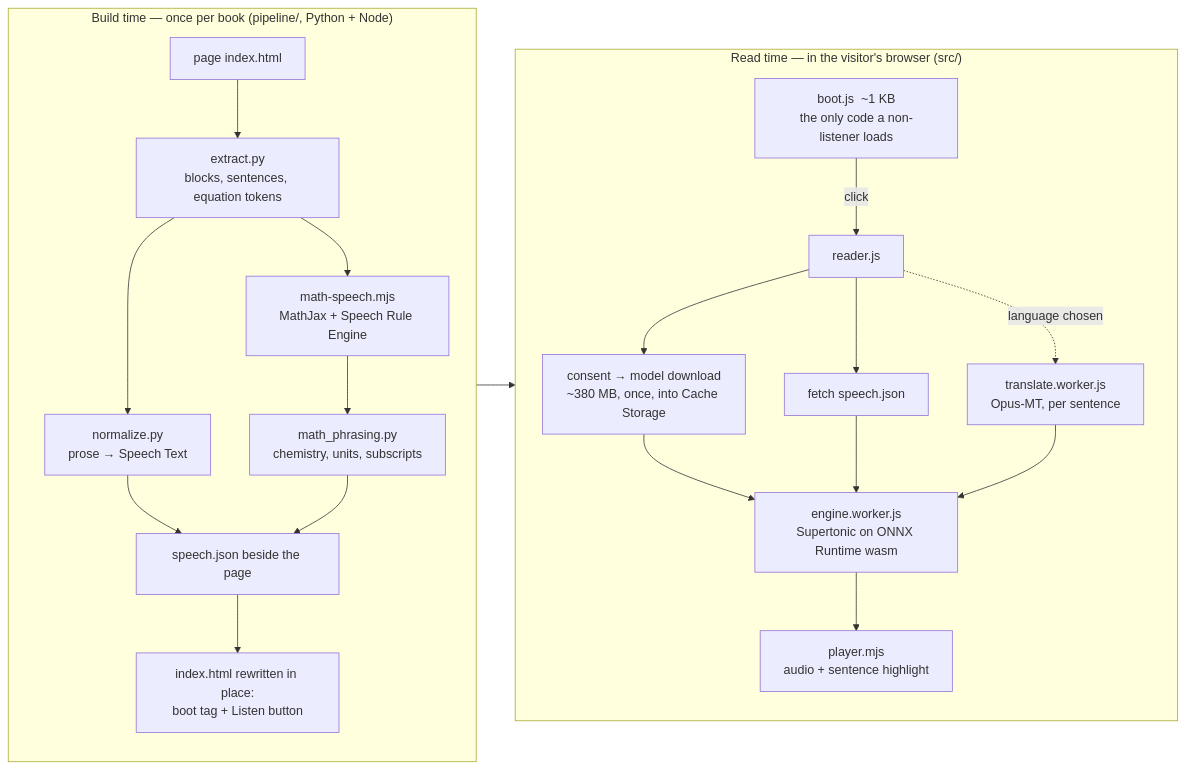
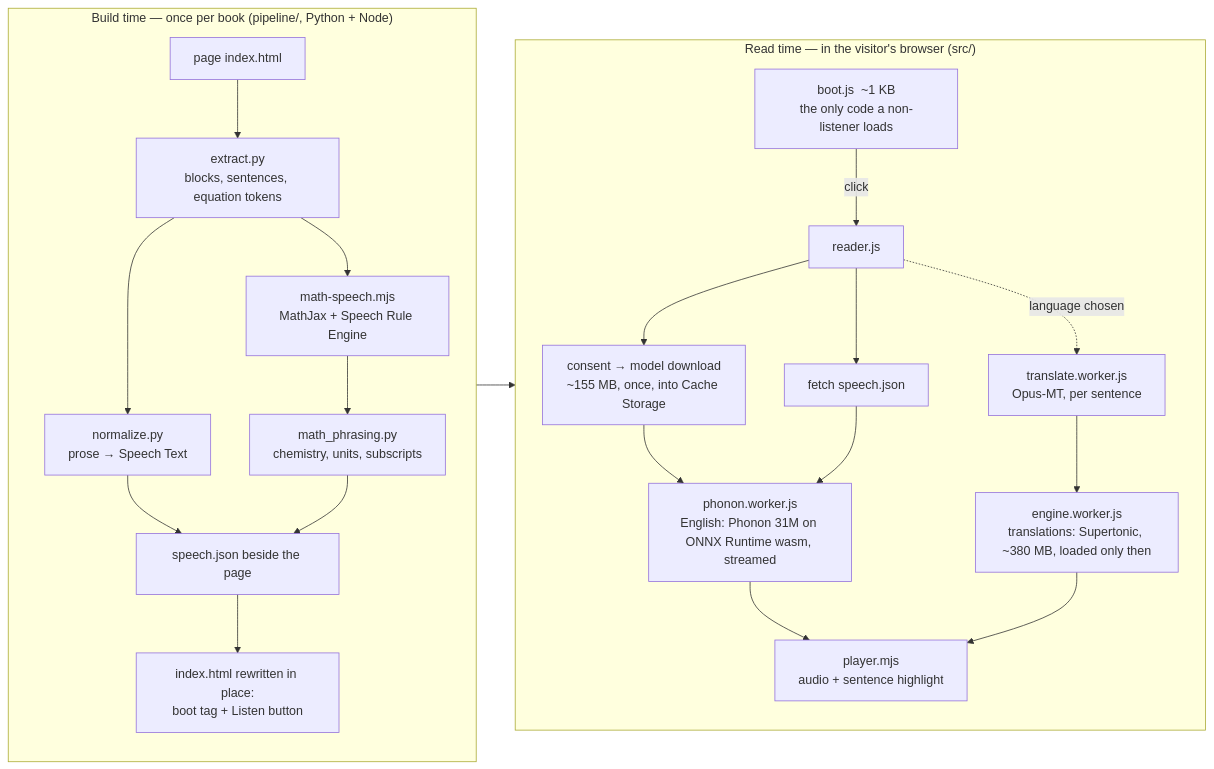
The diagram in README.md (johnnyrobot/libretext-reader-web), drawn with Mermaid before and after one commit. The commit also changed other lines of this file and 33 other files, not shown here.

````diff
--- a/README.md
+++ b/README.md
@@ -39,25 +39,26 @@
 ```mermaid
 flowchart LR
   subgraph build["Build time — once per book (pipeline/, Python + Node)"]
     direction TB
     A[page index.html] --> B["extract.py<br/>blocks, sentences, equation tokens"]
     B --> C["normalize.py<br/>prose → Speech Text"]
     B --> D["math-speech.mjs<br/>MathJax + Speech Rule Engine"]
     D --> E["math_phrasing.py<br/>chemistry, units, subscripts"]
     C --> F[speech.json beside the page]
     E --> F
     F --> G["index.html rewritten in place:<br/>boot tag + Listen button"]
   end
   subgraph read["Read time — in the visitor's browser (src/)"]
     direction TB
     H["boot.js  ~1 KB<br/>the only code a non-listener loads"] -- click --> I[reader.js]
-    I --> J["consent → model download<br/>~380 MB, once, into Cache Storage"]
+    I --> J["consent → model download<br/>~155 MB, once, into Cache Storage"]
     I --> K[fetch speech.json]
-    J --> L["engine.worker.js<br/>Supertonic on ONNX Runtime wasm"]
-    K --> L
-    L --> M["player.mjs<br/>audio + sentence highlight"]
+    J --> P["phonon.worker.js<br/>English: Phonon 31M on ONNX Runtime wasm, streamed"]
+    K --> P
+    P --> M["player.mjs<br/>audio + sentence highlight"]
     I -. language chosen .-> N["translate.worker.js<br/>Opus-MT, per sentence"]
-    N --> L
+    N --> L["engine.worker.js<br/>translations: Supertonic, ~380 MB, loaded only then"]
+    L --> M
   end
   G --> H
 ```
````
